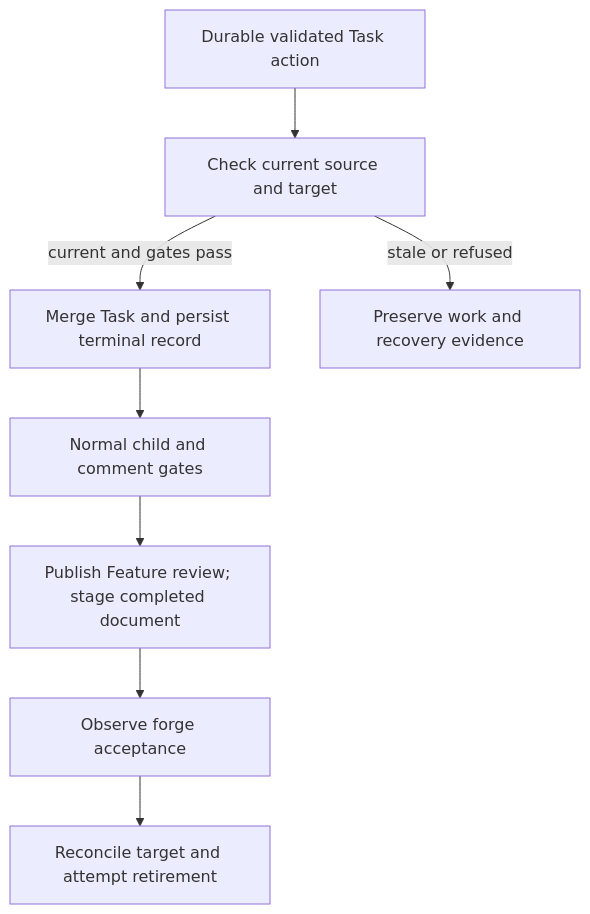
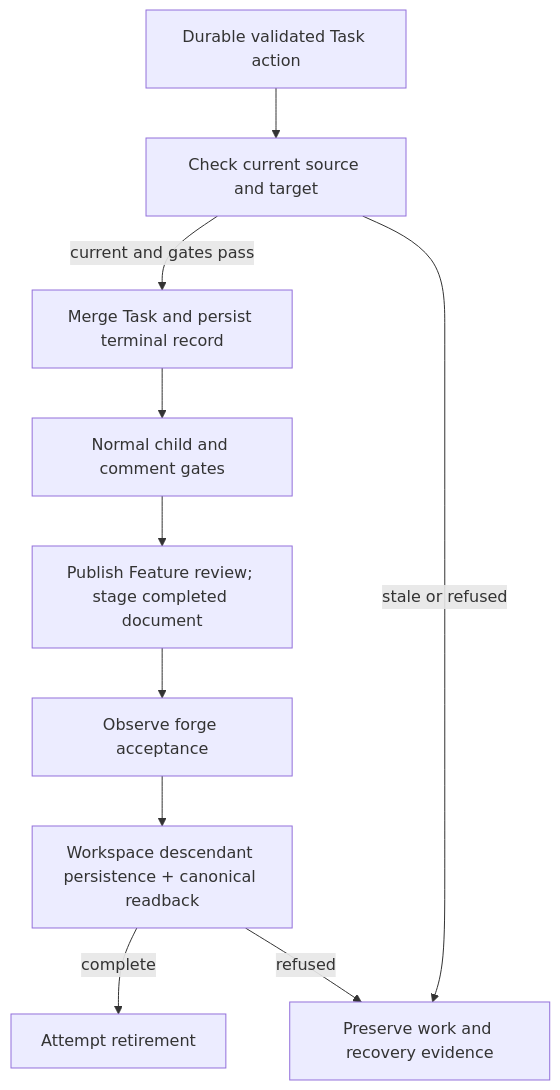
Before and after one commit to vincentc-b/CascadeCode: the diagram in cascade/boss/DESIGN.md, drawn with Mermaid. The commit also changed other lines of this file and 10 other files, not shown here.

First line of the commit message:
task/task_047_001_002: Preserve descendant terminal evidence before worktree retirement

````diff
--- a/cascade/boss/DESIGN.md
+++ b/cascade/boss/DESIGN.md
@@ -34,10 +40,12 @@
 ```mermaid
 flowchart TD
     Queue[Durable validated Task action] --> Pair[Check current source and target]
     Pair -->|current and gates pass| Merge[Merge Task and persist terminal record]
     Pair -->|stale or refused| Preserve[Preserve work and recovery evidence]
     Merge --> Rollup[Normal child and comment gates]
     Rollup --> Review[Publish Feature review; stage completed document]
     Review --> Accept[Observe forge acceptance]
-    Accept --> Close[Reconcile target and attempt retirement]
+    Accept --> Proof[Workspace descendant persistence + canonical readback]
+    Proof -->|complete| Close[Attempt retirement]
+    Proof -->|refused| Preserve
 ```
````
